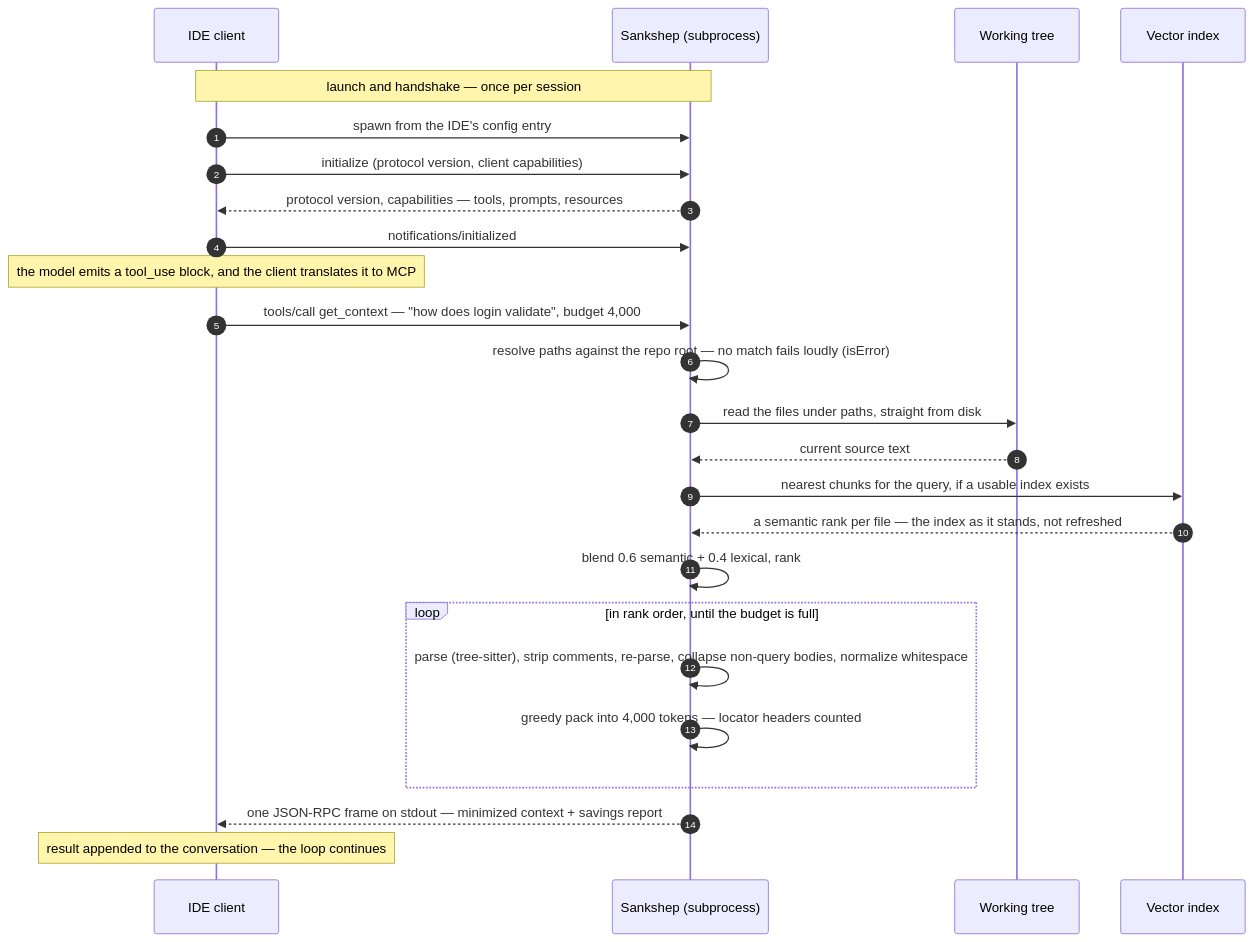
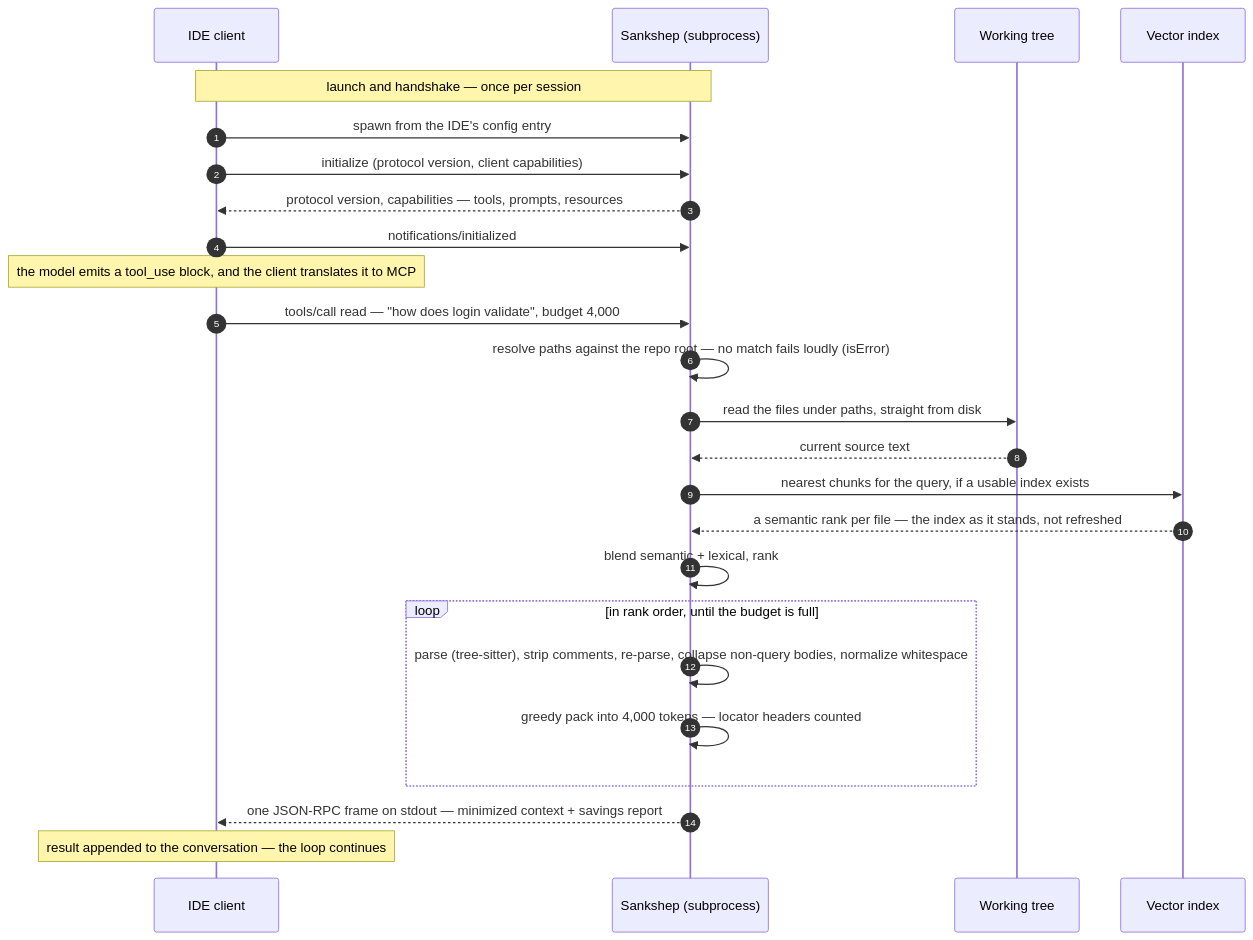
One commit to nitinpawar28/AI-learn changed the second of 3 diagrams in docs/part5-capstone/architecture.md. Above: the diagram before and after it, drawn with Mermaid. The commit also changed other lines of this file and 29 other files, not shown here.

````diff
--- a/docs/part5-capstone/architecture.md
+++ b/docs/part5-capstone/architecture.md
@@ -91,27 +94,27 @@
 ```mermaid
 sequenceDiagram
     autonumber
     participant C as IDE client
     participant S as Sankshep (subprocess)
     participant W as Working tree
     participant X as Vector index
     Note over C,S: launch and handshake — once per session
     C->>S: spawn from the IDE's config entry
     C->>S: initialize (protocol version, client capabilities)
     S-->>C: protocol version, capabilities — tools, prompts, resources
     C->>S: notifications/initialized
     Note over C: the model emits a tool_use block, and the client translates it to MCP
-    C->>S: tools/call get_context — "how does login validate", budget 4,000
+    C->>S: tools/call read — "how does login validate", budget 4,000
     S->>S: resolve paths against the repo root — no match fails loudly (isError)
     S->>W: read the files under paths, straight from disk
     W-->>S: current source text
     S->>X: nearest chunks for the query, if a usable index exists
     X-->>S: a semantic rank per file — the index as it stands, not refreshed
-    S->>S: blend 0.6 semantic + 0.4 lexical, rank
+    S->>S: blend semantic + lexical, rank
     loop in rank order, until the budget is full
         S->>S: parse (tree-sitter), strip comments, re-parse, collapse non-query bodies, normalize whitespace
         S->>S: greedy pack into 4,000 tokens — locator headers counted
     end
     S-->>C: one JSON-RPC frame on stdout — minimized context + savings report
     Note over C: result appended to the conversation — the loop continues
 ```
````
